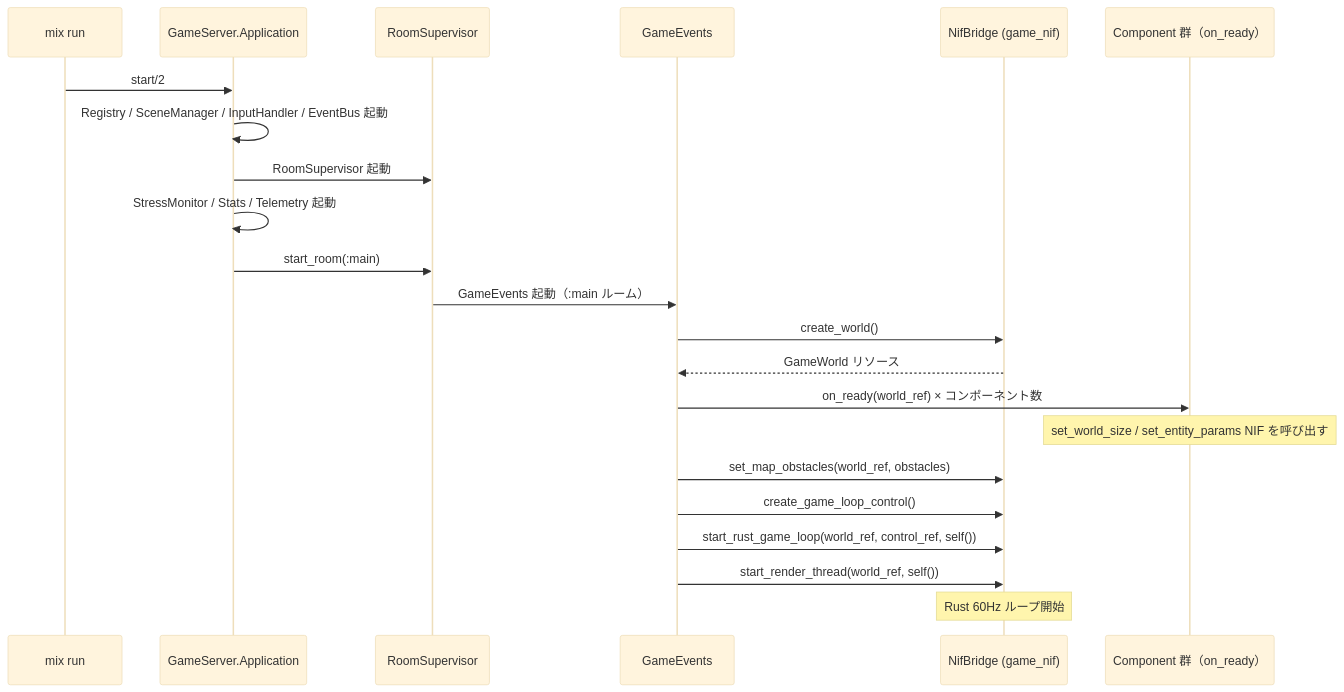
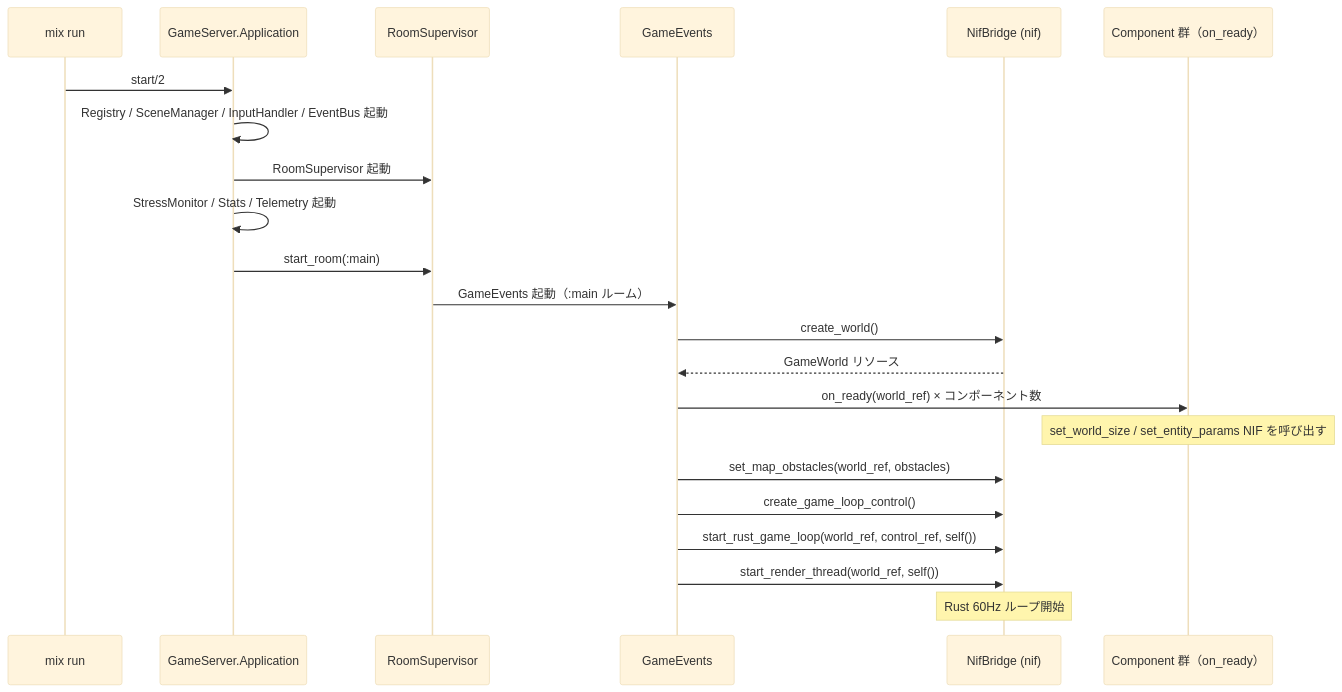
One commit to FRICK-ELDY/alchemy-engine changed the first of 12 diagrams in docs/data-flow.md. Above: the diagram before and after it, drawn with Mermaid (base theme). The commit also changed other lines of this file and 76 other files, not shown here.

````diff
--- a/docs/data-flow.md
+++ b/docs/data-flow.md
@@ -11,25 +11,25 @@
 ```mermaid
 sequenceDiagram
     participant MX as mix run
     participant APP as GameServer.Application
     participant RS as RoomSupervisor
     participant GEV as GameEvents
-    participant NIF as NifBridge (game_nif)
+    participant NIF as NifBridge (nif)
     participant COMP as Component 群（on_ready）
 
     MX->>APP: start/2
     APP->>APP: Registry / SceneManager / InputHandler / EventBus 起動
     APP->>RS: RoomSupervisor 起動
     APP->>APP: StressMonitor / Stats / Telemetry 起動
     APP->>RS: start_room(:main)
     RS->>GEV: GameEvents 起動（:main ルーム）
     GEV->>NIF: create_world()
     NIF-->>GEV: GameWorld リソース
     GEV->>COMP: on_ready(world_ref) × コンポーネント数
     Note over COMP: set_world_size / set_entity_params NIF を呼び出す
     GEV->>NIF: set_map_obstacles(world_ref, obstacles)
     GEV->>NIF: create_game_loop_control()
     GEV->>NIF: start_rust_game_loop(world_ref, control_ref, self())
     GEV->>NIF: start_render_thread(world_ref, self())
     Note over NIF: Rust 60Hz ループ開始
 ```
````
